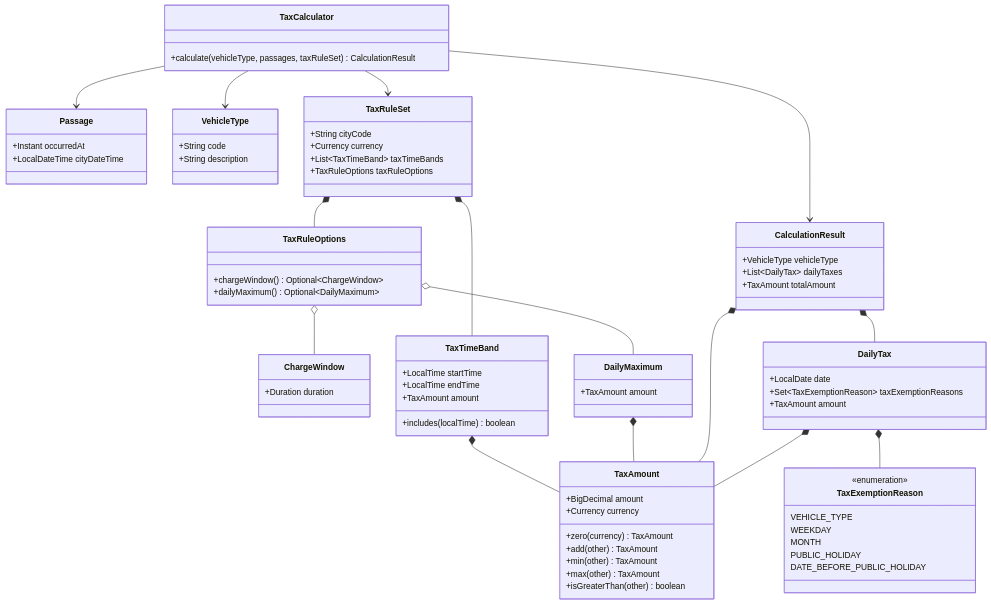
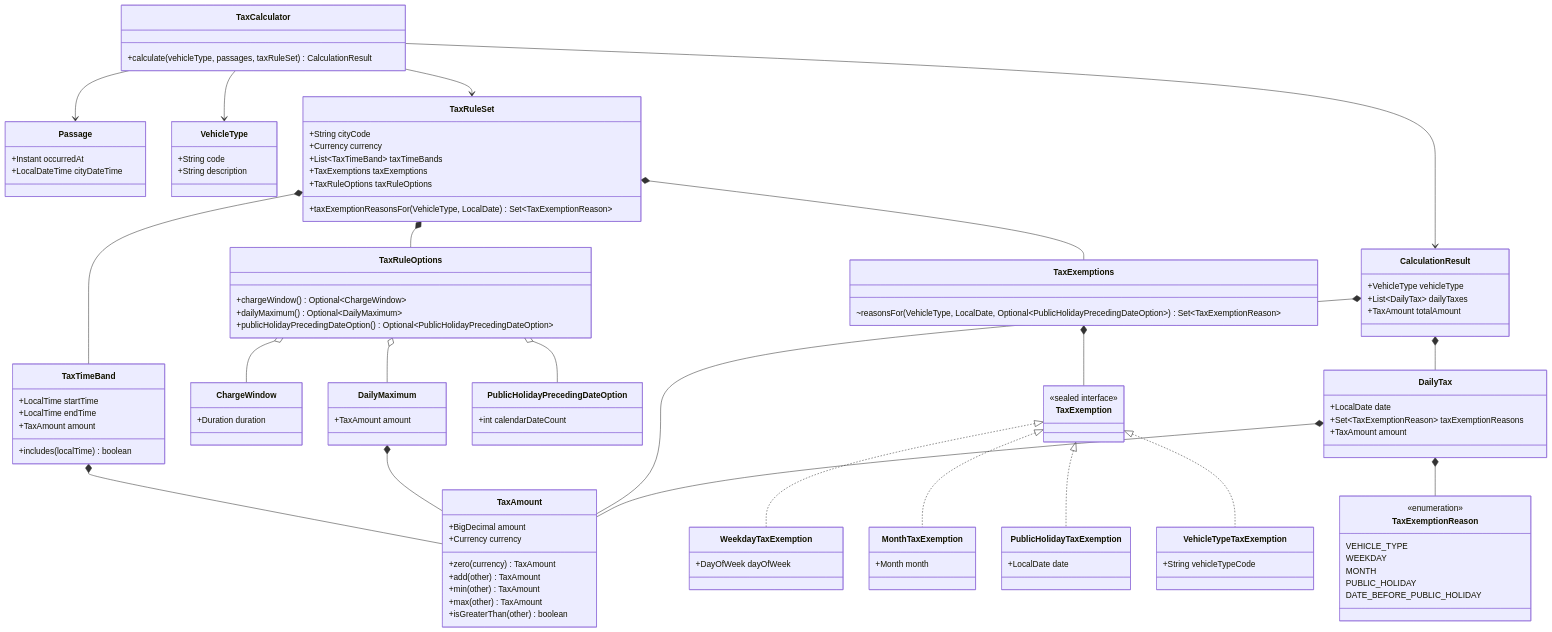
The diagram in docs/design/calculation.md (igrgin/congestion-tax-calculator), drawn with Mermaid before and after one commit. The commit also changed other lines of this file and 41 other files, not shown here.

First line of the commit message:
Apply calendar and Vehicle Type exemptions (#15)

```diff
--- a/docs/design/calculation.md
+++ b/docs/design/calculation.md
@@ -118,12 +119,39 @@
         +String cityCode
         +Currency currency
         +List~TaxTimeBand~ taxTimeBands
+        +TaxExemptions taxExemptions
         +TaxRuleOptions taxRuleOptions
+        +taxExemptionReasonsFor(VehicleType, LocalDate) Set~TaxExemptionReason~
+    }
+
+    class TaxExemptions {
+        ~reasonsFor(VehicleType, LocalDate, Optional~PublicHolidayPrecedingDateOption~) Set~TaxExemptionReason~
+    }
+
+    class TaxExemption {
+        <<sealed interface>>
+    }
+
+    class WeekdayTaxExemption {
+        +DayOfWeek dayOfWeek
+    }
+
+    class MonthTaxExemption {
+        +Month month
+    }
+
+    class PublicHolidayTaxExemption {
+        +LocalDate date
+    }
+
+    class VehicleTypeTaxExemption {
+        +String vehicleTypeCode
     }
 
     class TaxRuleOptions {
         +chargeWindow() Optional~ChargeWindow~
         +dailyMaximum() Optional~DailyMaximum~
+        +publicHolidayPrecedingDateOption() Optional~PublicHolidayPrecedingDateOption~
     }
 
     class ChargeWindow {
@@ -132,6 +160,10 @@
 
     class DailyMaximum {
         +TaxAmount amount
+    }
+
+    class PublicHolidayPrecedingDateOption {
+        +int calendarDateCount
     }
 
     class TaxTimeBand {
@@ -177,9 +209,16 @@
     TaxCalculator --> TaxRuleSet
     TaxCalculator --> CalculationResult
     TaxRuleSet *-- TaxTimeBand
+    TaxRuleSet *-- TaxExemptions
     TaxRuleSet *-- TaxRuleOptions
+    TaxExemptions *-- TaxExemption
+    TaxExemption <|.. WeekdayTaxExemption
+    TaxExemption <|.. MonthTaxExemption
+    TaxExemption <|.. PublicHolidayTaxExemption
+    TaxExemption <|.. VehicleTypeTaxExemption
     TaxRuleOptions o-- ChargeWindow
     TaxRuleOptions o-- DailyMaximum
+    TaxRuleOptions o-- PublicHolidayPrecedingDateOption
     TaxTimeBand *-- TaxAmount
     DailyMaximum *-- TaxAmount
     CalculationResult *-- DailyTax
```
